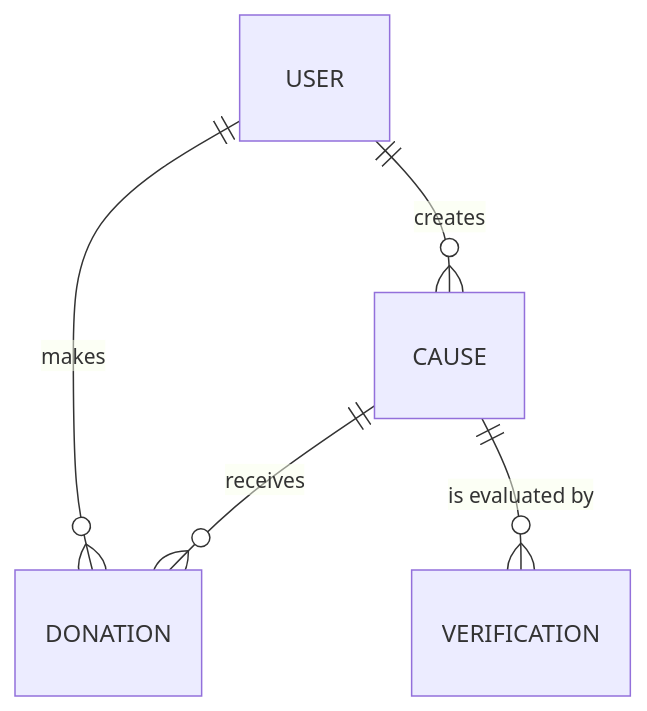
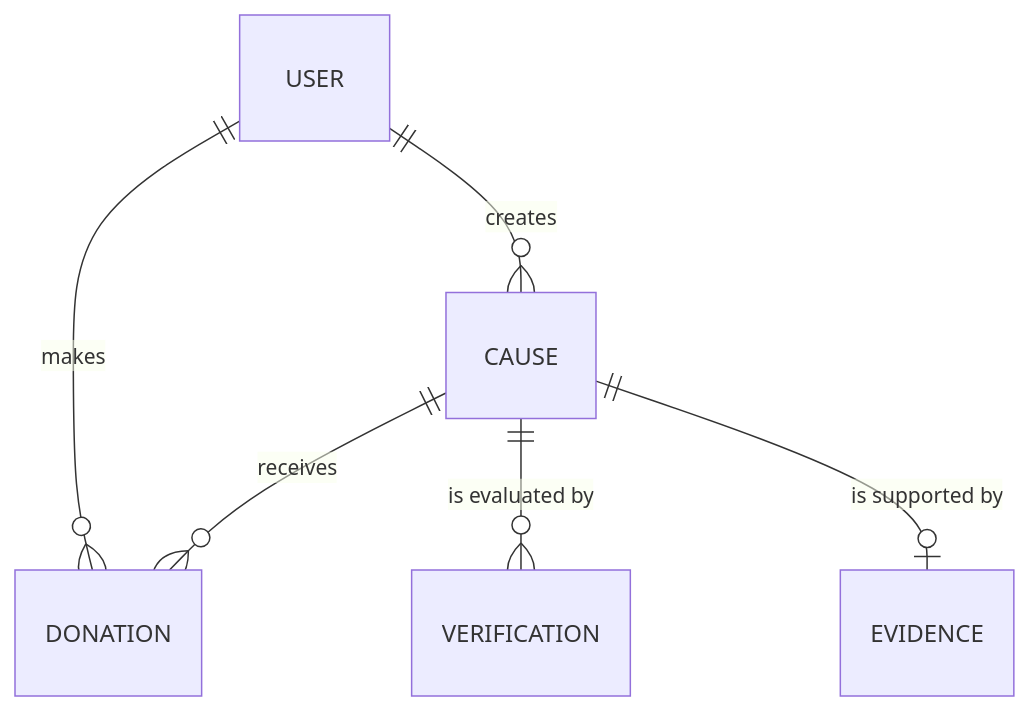
Before and after one commit to mauc-agentic/block-by-block: the diagram in docs/entity_model.md, drawn with Mermaid. The commit also changed other lines of this file and 22 other files, not shown here.

````diff
--- a/docs/entity_model.md
+++ b/docs/entity_model.md
@@ -5,7 +5,8 @@
 ```mermaid
 erDiagram
     USER ||--o{ CAUSE : "creates"
     USER ||--o{ DONATION : "makes"
     CAUSE ||--o{ DONATION : "receives"
     CAUSE ||--o{ VERIFICATION : "is evaluated by"
+    CAUSE ||--o| EVIDENCE : "is supported by"
 ```
````
